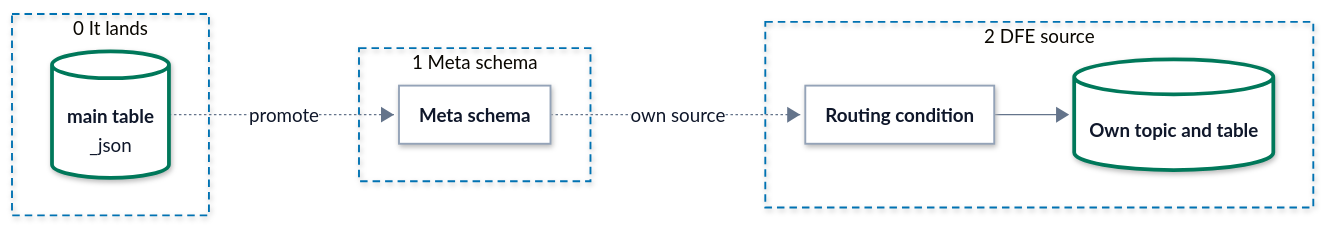
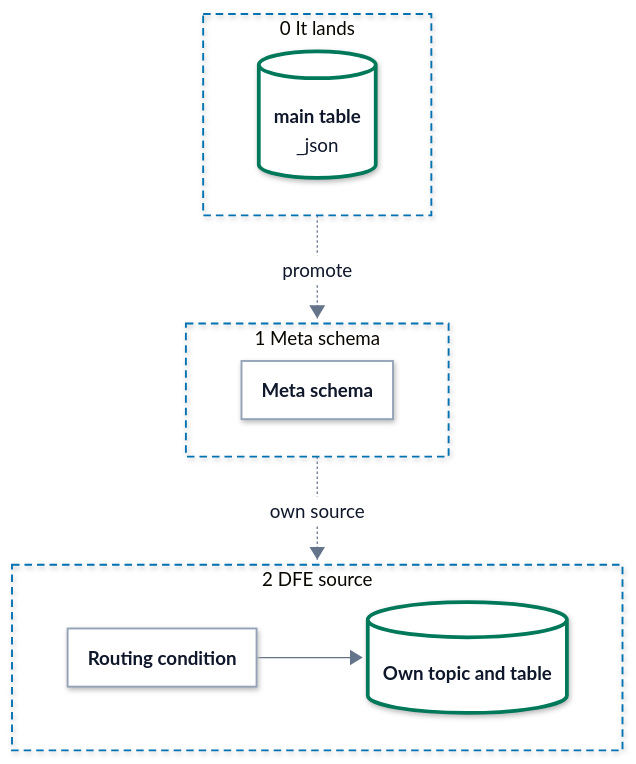
One commit to hyperi-io/dfe-engine changed the first of 3 diagrams in docs/data-evolution.md. Above: the diagram before and after it, drawn with Mermaid. The commit also changed other lines of this file and 32 other files, not shown here.

First line of the commit message:
docs(architecture): engine page to the standard, diagrams to 860 px (#1209)

````diff
--- a/docs/data-evolution.md
+++ b/docs/data-evolution.md
@@ -25,81 +25,82 @@
 ```mermaid
 ---
 config:
   theme: base
   look: neo
   fontFamily: Inter, -apple-system, Segoe UI, Roboto, Helvetica, Arial, sans-serif
   flowchart:
     curve: linear
     nodeSpacing: 40
     rankSpacing: 64
     padding: 18
     wrappingWidth: 280
     htmlLabels: true
   elk:
     preset: modelOrder
   themeVariables:
     fontSize: 15px
     lineColor: "#64748B"
     primaryTextColor: "#0F172A"
     clusterBorder: "#0072B2"
     edgeLabelBackground: "#FFFFFF"
   themeCSS: >-
     p{margin:0}
     .node[data-look] rect,.node[data-look] path,.node[data-look] polygon,.node[data-look] .outer-path{filter:drop-shadow(0 1px 2px rgba(15,23,42,.10)) drop-shadow(0 6px 14px rgba(15,23,42,.10))}
     .node rect{rx:10px;ry:10px}
     .cluster rect{rx:16px;ry:16px}
     .node .label div{min-width:150px}
     .node.decision .label div{min-width:0}
     .cluster[data-look] rect{filter:none}
     .nodeLabel{line-height:1.35}
     .nodeLabel b{font-weight:600;font-size:15px;letter-spacing:-0.01em}
     .nodeLabel span{font-size:12.5px;font-weight:400;color:#334155}
     .cluster-label span.nodeLabel{display:inline-block;background:#FFFFFF;color:#0B2A3F;border:1.5px solid #0072B2;border-radius:999px;padding:2px 12px;font-size:11.5px;font-weight:700;letter-spacing:.09em;text-transform:uppercase}
     .flowchart-link{stroke-width:1.75px}
     .labelBkg{background:transparent!important}
     span.edgeLabel{display:inline-block;background:#FFFFFF!important;color:#1E293B;border:1px solid #94A3B8;border-radius:999px;padding:2px 10px;font-size:12px;font-weight:500}
     span.edgeLabel p{background:transparent!important}
     .label-icon{width:20px;height:20px;vertical-align:-4px;margin-right:6px}
     .ingest .label-icon{color:#0E8A7D}
     .xform .label-icon{color:#7B4FB0}
     .load .label-icon{color:#0072B2}
     .bus .label-icon{color:#A8517F}
     .store .label-icon{color:#00785A}
     .ui .label-icon{color:#D9480F}
     .ext .label-icon{color:#64748B}
 ---
-flowchart LR
+flowchart TB
   accTitle: L4 Detail -- Data evolution stages
   accDescr: In stage 0 dfe-receiver or dfe-fetcher lands data in the main table as _json. Promoting fields gives the source a meta schema in stage 1. In stage 2 the source gets a routing condition and its own topic and table, with an optional transform.
 
   subgraph s0["0 It lands"]
     main[("<b>main table</b><br/><span>_json</span>")]
   end
   subgraph s1["1 Meta schema"]
     meta["<b>Meta schema</b>"]
   end
   subgraph s2["2 DFE source"]
+    direction LR
     route["<b>Routing condition</b>"]
     own[("<b>Own topic and table</b>")]
+    route --> own
   end
 
-  main -.->|promote| meta
-  meta -.->|own source| route
-  route --> own
+  s0 -.->|promote| s1
+  s1 -.->|own source| s2
+  class main,own store
+  class meta,route part
   classDef ext fill:#F4F6F8,stroke:#94A3B8,stroke-width:1.5px,stroke-dasharray:5 4,color:#0F172A
   classDef ingest fill:#FFFFFF,stroke:#0E8A7D,stroke-width:3px,color:#0F172A
   classDef xform fill:#FFFFFF,stroke:#7B4FB0,stroke-width:3px,color:#0F172A
   classDef load fill:#FFFFFF,stroke:#0072B2,stroke-width:3px,color:#0F172A
   classDef bus fill:#FFFFFF,stroke:#A8517F,stroke-width:3px,color:#0F172A
   classDef store fill:#FFFFFF,stroke:#00785A,stroke-width:3px,color:#0F172A
   classDef ui fill:#FFFFFF,stroke:#D9480F,stroke-width:3px,color:#0F172A
   classDef decision fill:#FFFFFF,stroke:#9A6700,stroke-width:3px,color:#0F172A
   classDef error fill:#FFFFFF,stroke:#C2410C,stroke-width:3px,color:#0F172A
   classDef control fill:#FFFFFF,stroke:#334155,stroke-width:3px,color:#0F172A
   classDef part fill:#FFFFFF,stroke:#94A3B8,stroke-width:1.5px,color:#0F172A
-  class main,own store
-  class meta,route part
   style s0 fill:none,stroke:#0072B2,stroke-width:1.5px,stroke-dasharray:6 4
   style s1 fill:none,stroke:#0072B2,stroke-width:1.5px,stroke-dasharray:6 4
   style s2 fill:none,stroke:#0072B2,stroke-width:1.5px,stroke-dasharray:6 4
 ```
````
